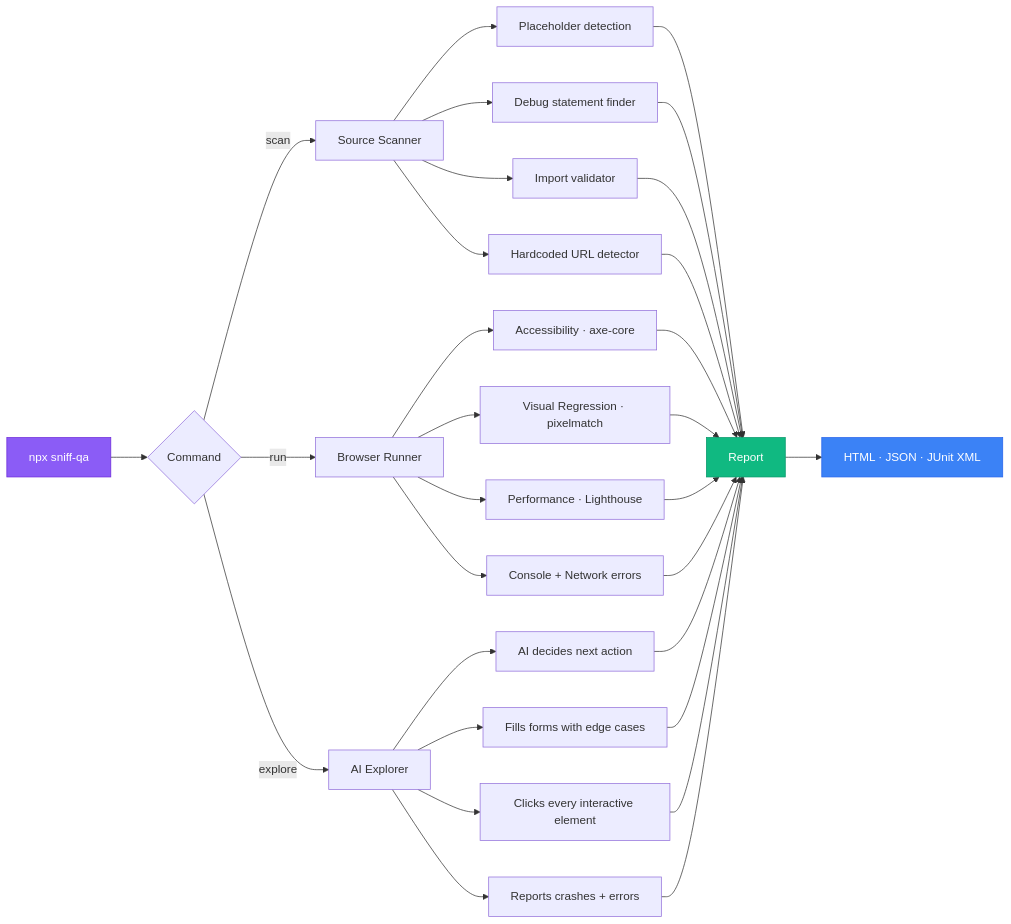
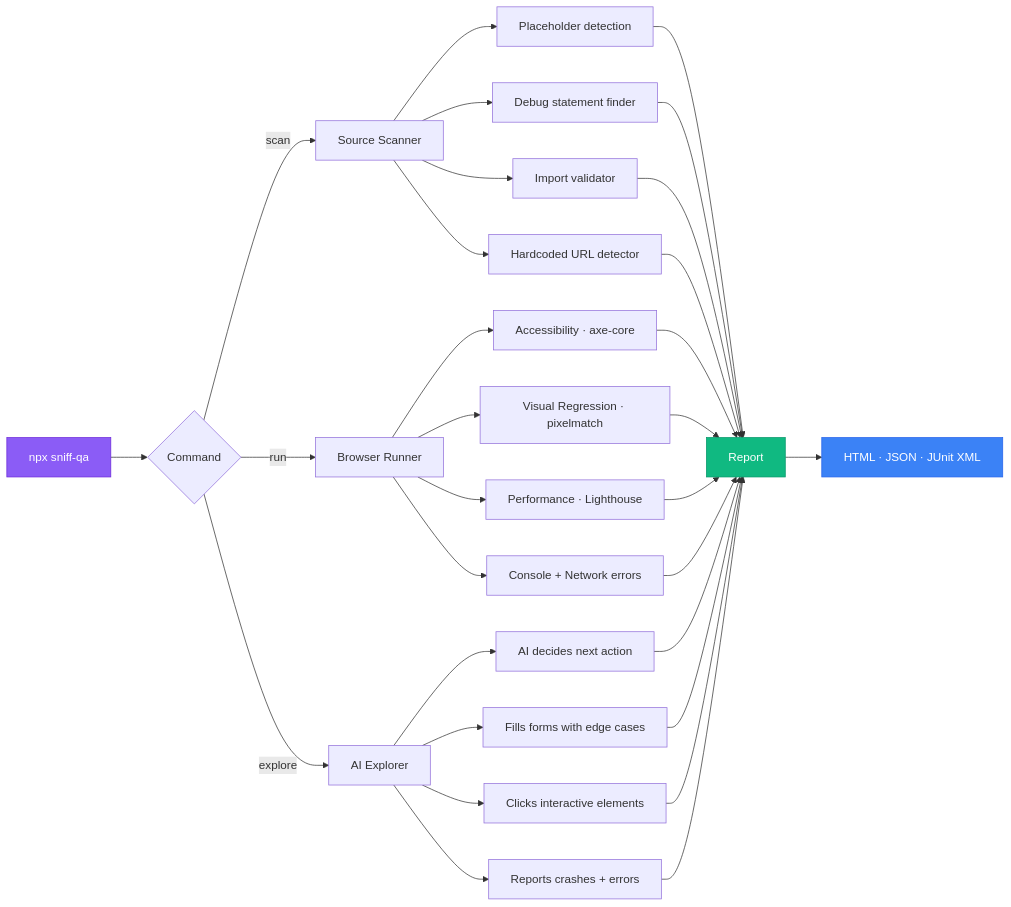
The diagram in README.md (Aboudjem/sniff), drawn with Mermaid before and after one commit. The commit also changed other lines of this file and 3 other files, not shown here.

````diff
--- a/README.md
+++ b/README.md
@@ -199,32 +223,32 @@
 ```mermaid
 graph LR
     A["npx sniff-qa"] --> B{Command}
     B -->|scan| C["Source Scanner"]
     B -->|run| D["Browser Runner"]
     B -->|explore| E["AI Explorer"]
 
     C --> C1["Placeholder detection"]
     C --> C2["Debug statement finder"]
     C --> C3["Import validator"]
     C --> C4["Hardcoded URL detector"]
 
     D --> D1["Accessibility · axe-core"]
     D --> D2["Visual Regression · pixelmatch"]
     D --> D3["Performance · Lighthouse"]
     D --> D4["Console + Network errors"]
 
     E --> E1["AI decides next action"]
     E --> E2["Fills forms with edge cases"]
-    E --> E3["Clicks every interactive element"]
+    E --> E3["Clicks interactive elements"]
     E --> E4["Reports crashes + errors"]
 
     C1 & C2 & C3 & C4 --> F["Report"]
     D1 & D2 & D3 & D4 --> F
     E1 & E2 & E3 & E4 --> F
 
     F --> G["HTML · JSON · JUnit XML"]
 
     style A fill:#8B5CF6,stroke:#6D28D9,color:#fff
     style F fill:#10B981,stroke:#059669,color:#fff
     style G fill:#3B82F6,stroke:#2563EB,color:#fff
 ```
````
